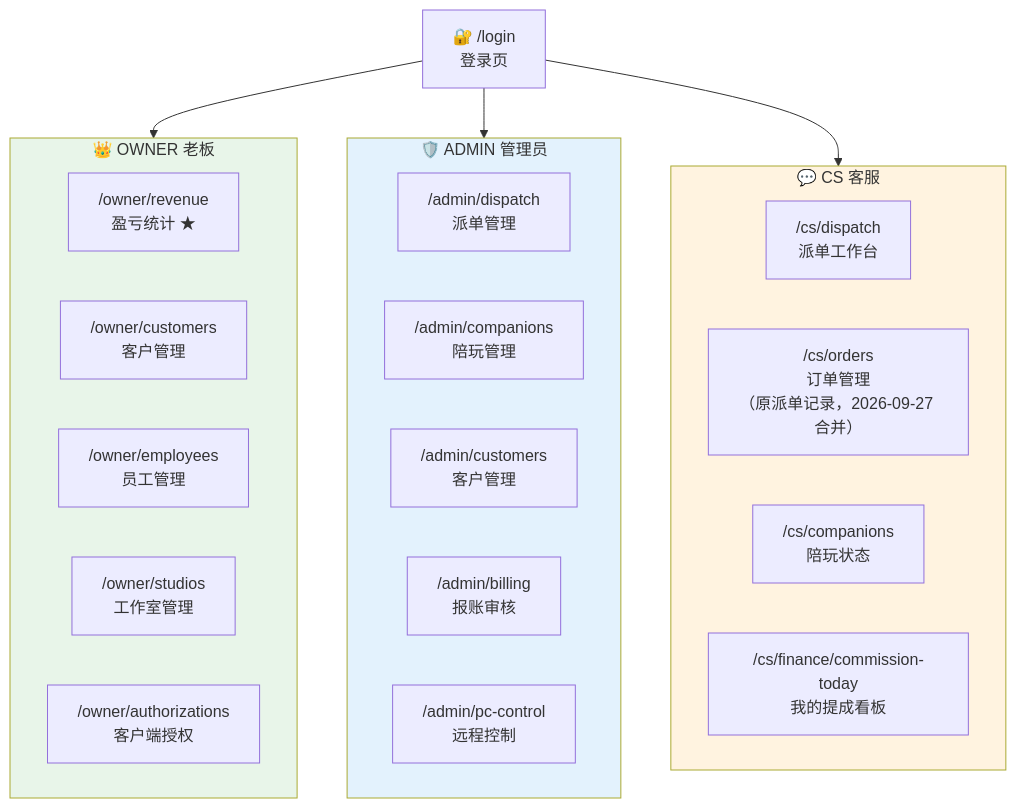
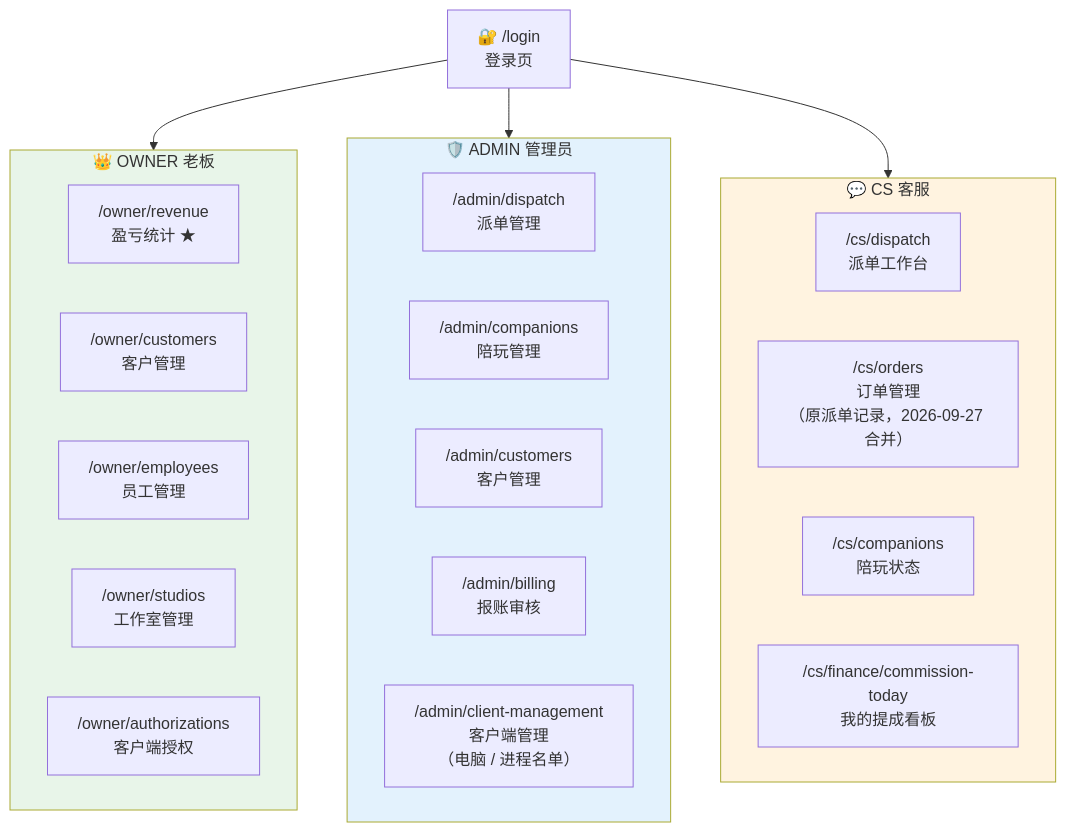
Before and after one commit to opsvr-ai/game-workspace: the seventh of 12 diagrams in docs/ARCHITECTURE.md, drawn with Mermaid. The commit also changed 11 other files, not shown here.

````diff
--- a/docs/ARCHITECTURE.md
+++ b/docs/ARCHITECTURE.md
@@ -516,35 +516,35 @@
 ```mermaid
 graph TB
     LOGIN["🔐 /login<br/>登录页"]
 
     LOGIN --> OWNER
     LOGIN --> ADMIN
     LOGIN --> CS
 
     subgraph OWNER["👑 OWNER 老板"]
         O1["/owner/revenue<br/>盈亏统计 ★"]
         O2["/owner/customers<br/>客户管理"]
         O3["/owner/employees<br/>员工管理"]
         O4["/owner/studios<br/>工作室管理"]
         O5["/owner/authorizations<br/>客户端授权"]
     end
 
     subgraph ADMIN["🛡️ ADMIN 管理员"]
         A1["/admin/dispatch<br/>派单管理"]
         A2["/admin/companions<br/>陪玩管理"]
         A3["/admin/customers<br/>客户管理"]
         A4["/admin/billing<br/>报账审核"]
-        A5["/admin/pc-control<br/>远程控制"]
+        A5["/admin/client-management<br/>客户端管理<br/>（电脑 / 进程名单）"]
     end
 
     subgraph CS["💬 CS 客服"]
         C1["/cs/dispatch<br/>派单工作台"]
         C2["/cs/orders<br/>订单管理<br/>（原派单记录，2026-09-27 合并）"]
         C3["/cs/companions<br/>陪玩状态"]
         C4["/cs/finance/commission-today<br/>我的提成看板"]
     end
 
     style OWNER fill:#e8f5e9
     style ADMIN fill:#e3f2fd
     style CS fill:#fff3e0
 ```
````
